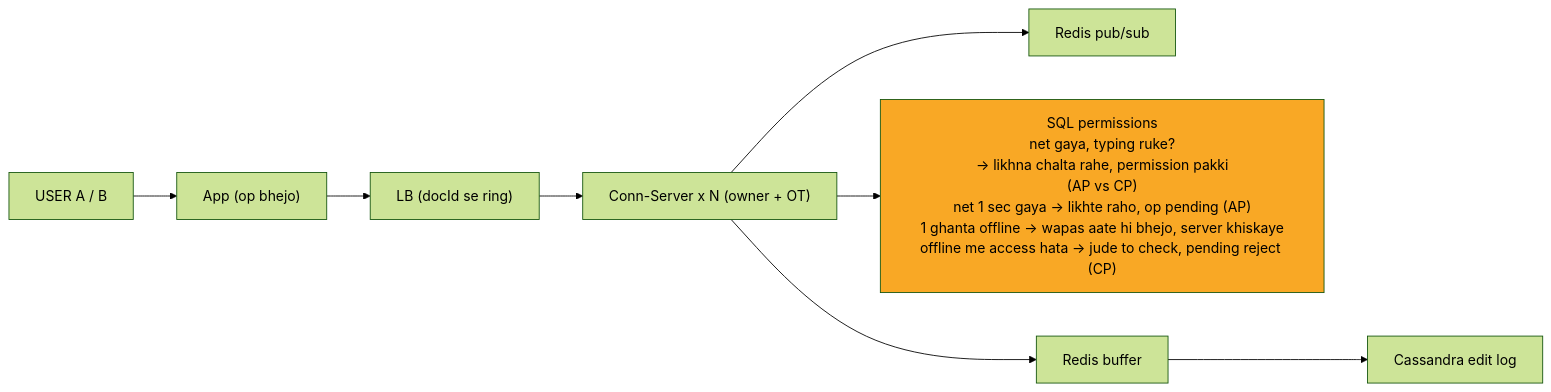
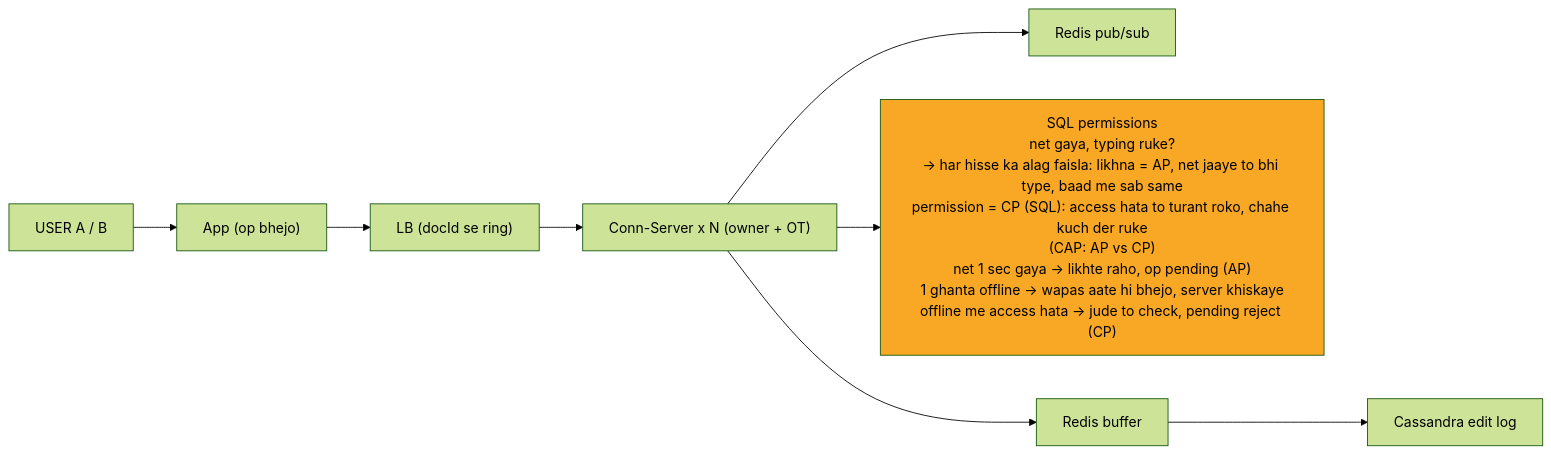
One commit to ArpanMaheshwari144/Prep changed the eighth of 10 diagrams in 04_HLD/SYSTEM_DESIGNS/11_google_docs_collab/11_google_docs_collab.md. Above: the diagram before and after it, drawn with Mermaid (forest theme). The commit also changed other lines of this file and 13 other files, not shown here.

````diff
--- a/04_HLD/SYSTEM_DESIGNS/11_google_docs_collab/11_google_docs_collab.md
+++ b/04_HLD/SYSTEM_DESIGNS/11_google_docs_collab/11_google_docs_collab.md
@@ -302,20 +305,20 @@
 ```mermaid
 %%{init: {"flowchart": {"wrappingWidth": 450}}}%%
 flowchart LR
     n_USER["USER A / B"]
     n_App["App (op bhejo)"]
     n_LB["LB (docId se ring)"]
     n_Conn_Server_xN["Conn-Server x N (owner + OT)"]
     n_PS["Redis pub/sub"]
-    n_SQL["SQL permissions<br/>net gaya, typing ruke?<br/>-> likhna chalta rahe, permission pakki<br/>(AP vs CP)<br/>net 1 sec gaya -> likhte raho, op pending (AP)<br/>1 ghanta offline -> wapas aate hi bhejo, server khiskaye<br/>offline me access hata -> jude to check, pending reject (CP)"]
+    n_SQL["SQL permissions<br/>net gaya, typing ruke?<br/>-> har hisse ka alag faisla: likhna = AP, net jaaye to bhi type, baad me sab same<br/>permission = CP (SQL): access hata to turant roko, chahe kuch der ruke<br/>(CAP: AP vs CP)<br/>net 1 sec gaya -> likhte raho, op pending (AP)<br/>1 ghanta offline -> wapas aate hi bhejo, server khiskaye<br/>offline me access hata -> jude to check, pending reject (CP)"]
     n_BUF["Redis buffer"]
     n_CAS["Cassandra edit log"]
     n_USER --> n_App
     n_App --> n_LB
     n_LB --> n_Conn_Server_xN
     n_Conn_Server_xN --> n_PS
     n_Conn_Server_xN --> n_BUF
     n_Conn_Server_xN --> n_SQL
     n_BUF --> n_CAS
     style n_SQL fill:#f9a825,color:#000
 ```
````
